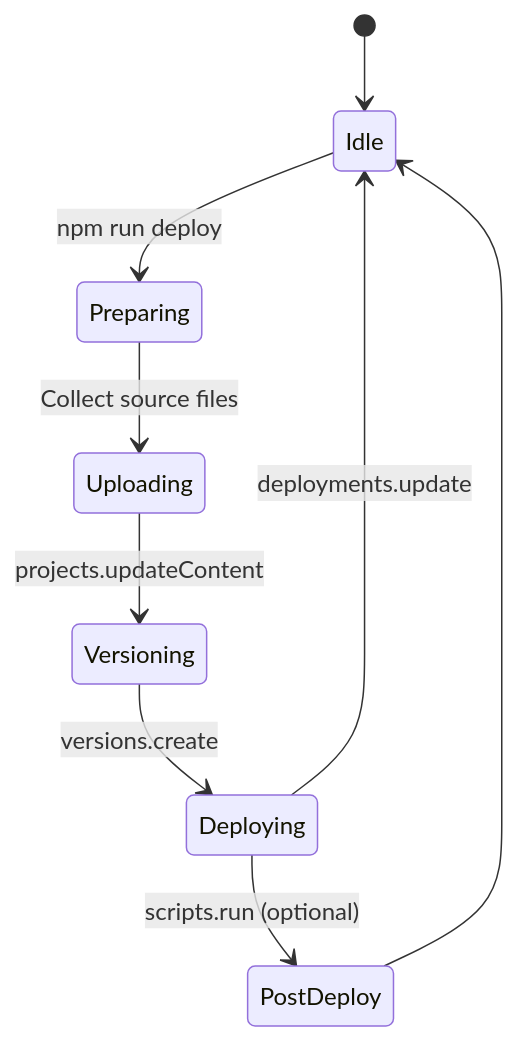
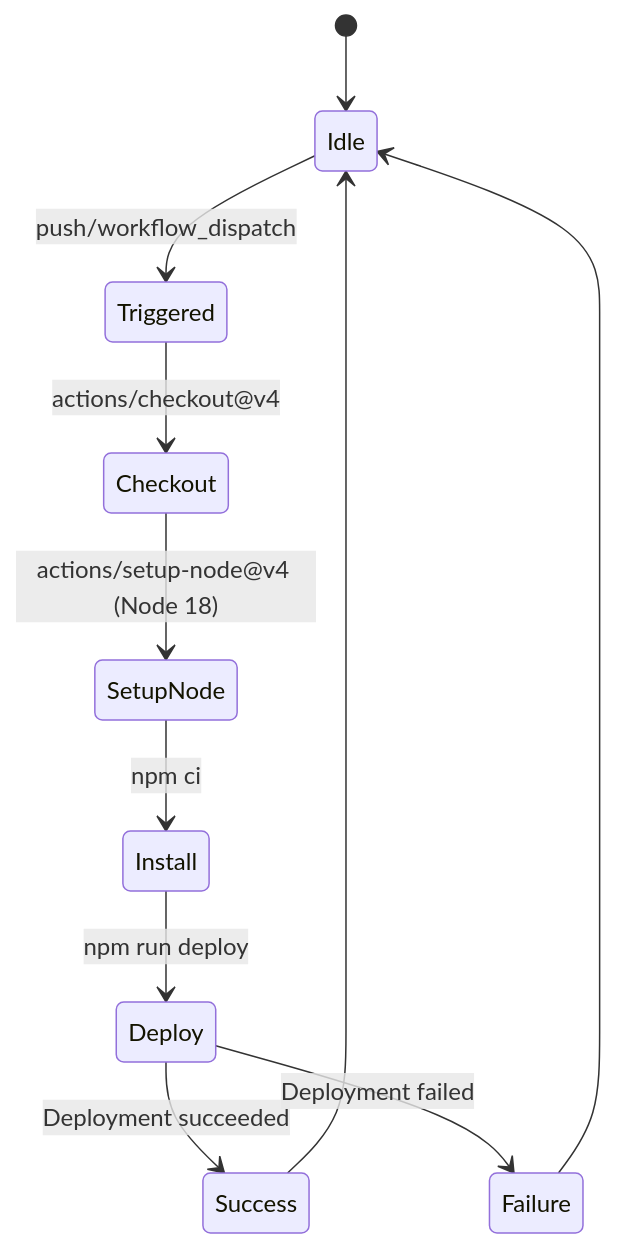
The second of 5 diagrams in README.md (muyueh/GAS), drawn with Mermaid before and after one commit. The commit also changed other lines of this file and 1 other file, not shown here.

Commit message:
Add GitHub Actions deploy workflow

````diff
--- a/README.md
+++ b/README.md
@@ -11,11 +24,13 @@
 ```mermaid
 stateDiagram-v2
     [*] --> Idle
-    Idle --> Preparing: npm run deploy
-    Preparing --> Uploading: Collect source files
-    Uploading --> Versioning: projects.updateContent
-    Versioning --> Deploying: versions.create
-    Deploying --> Idle: deployments.update
-    Deploying --> PostDeploy: scripts.run (optional)
-    PostDeploy --> Idle
+    Idle --> Triggered: push/workflow_dispatch
+    Triggered --> Checkout: actions/checkout@v4
+    Checkout --> SetupNode: actions/setup-node@v4 (Node 18)
+    SetupNode --> Install: npm ci
+    Install --> Deploy: npm run deploy
+    Deploy --> Success: Deployment succeeded
+    Deploy --> Failure: Deployment failed
+    Success --> Idle
+    Failure --> Idle
 ```
````
